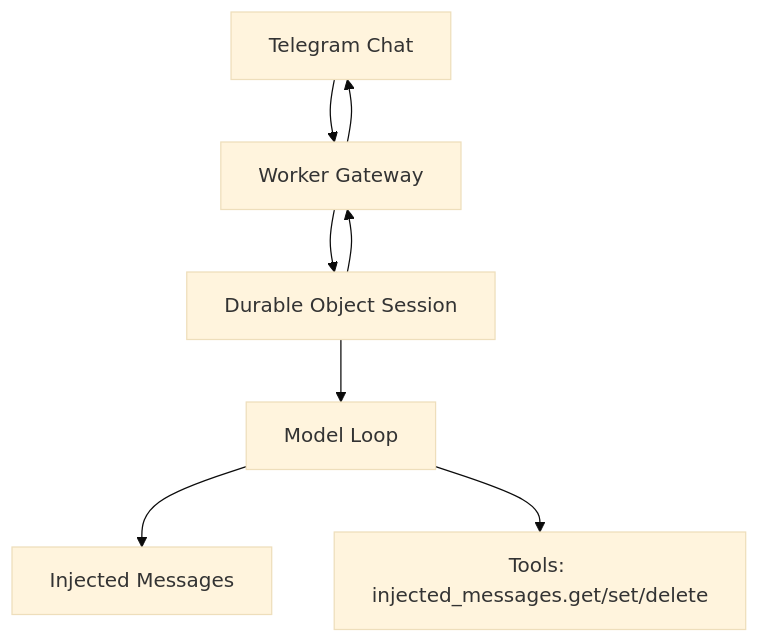
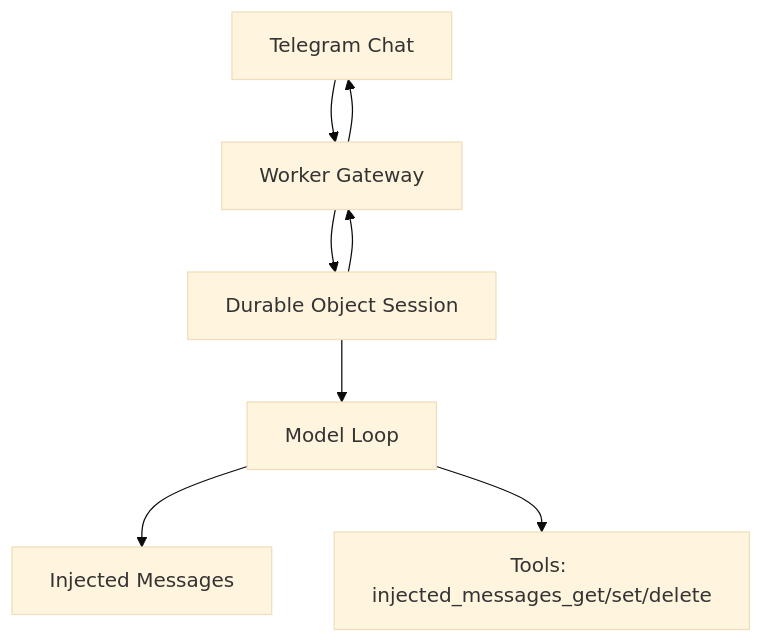
One commit to drevantonder/dreclaw changed the diagram in README.md. Above: the diagram before and after it, drawn with Mermaid (base theme). The commit also changed other lines of this file and 4 other files, not shown here.

Commit message:
fix(runtime): use underscore tool names for injected messages

````diff
--- a/README.md
+++ b/README.md
@@ -15,9 +15,9 @@
 ```mermaid
 flowchart TD
   U[Telegram Chat] --> W[Worker Gateway]
   W --> DO[Durable Object Session]
   DO --> M[Model Loop]
   M --> IM[Injected Messages]
-  M --> T[Tools: injected_messages.get/set/delete]
+  M --> T[Tools: injected_messages_get/set/delete]
   DO --> W --> U
 ```
````
